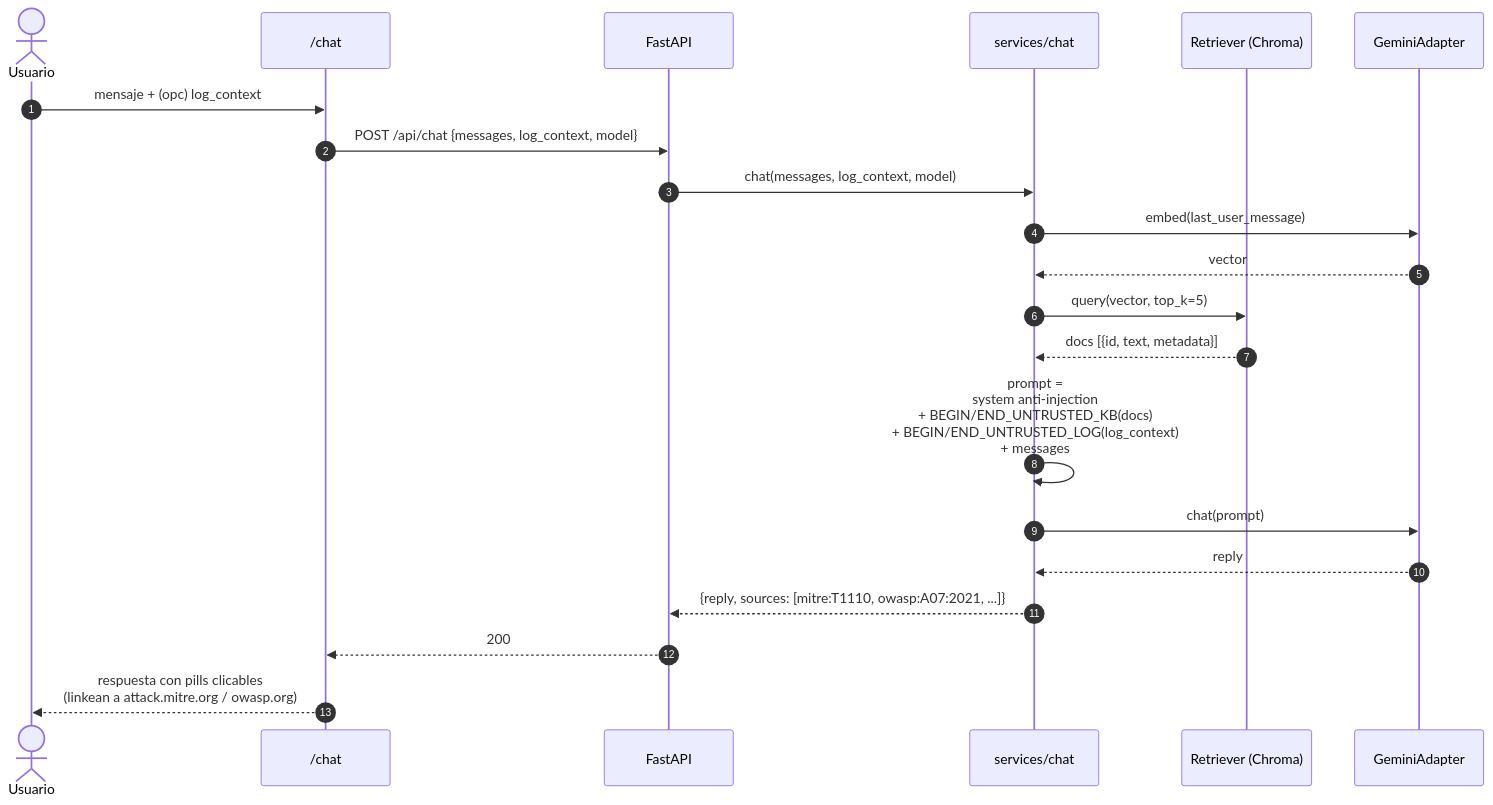
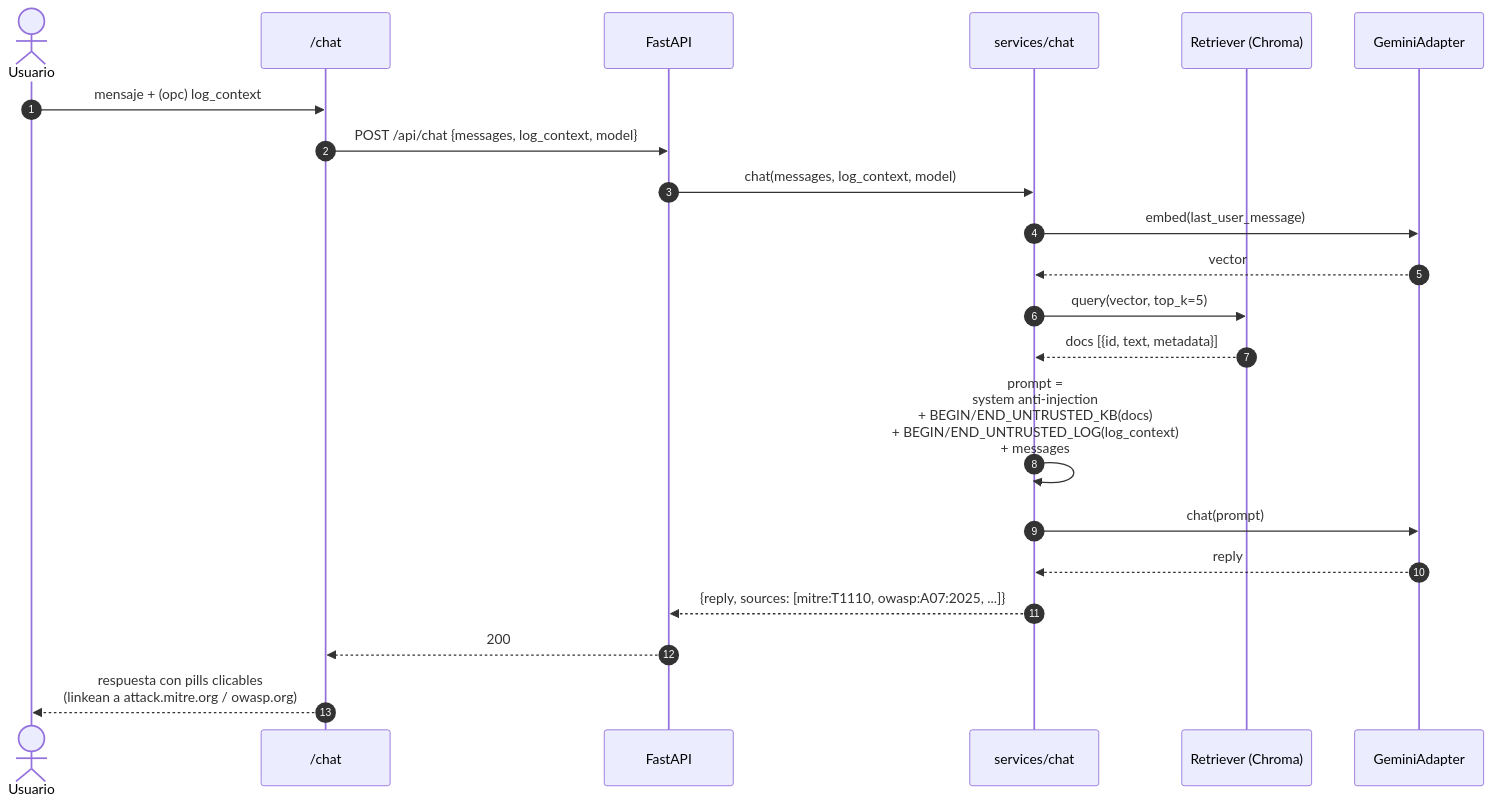
One commit to f3l0X/soc-copilot changed the eighth of 13 diagrams in docs/09-diagramas.md. Above: the diagram before and after it, drawn with Mermaid. The commit also changed other lines of this file and 39 other files, not shown here.

````diff
--- a/docs/09-diagramas.md
+++ b/docs/09-diagramas.md
@@ -347,24 +347,24 @@
 ```mermaid
 sequenceDiagram
     autonumber
     actor U as Usuario
     participant W as /chat
     participant API as FastAPI
     participant CH as services/chat
     participant R as Retriever (Chroma)
     participant L as GeminiAdapter
 
     U->>W: mensaje + (opc) log_context
     W->>API: POST /api/chat {messages, log_context, model}
     API->>CH: chat(messages, log_context, model)
     CH->>L: embed(last_user_message)
     L-->>CH: vector
     CH->>R: query(vector, top_k=5)
     R-->>CH: docs [{id, text, metadata}]
     CH->>CH: prompt =<br>system anti-injection<br>+ BEGIN/END_UNTRUSTED_KB(docs)<br>+ BEGIN/END_UNTRUSTED_LOG(log_context)<br>+ messages
     CH->>L: chat(prompt)
     L-->>CH: reply
-    CH-->>API: {reply, sources: [mitre:T1110, owasp:A07:2021, ...]}
+    CH-->>API: {reply, sources: [mitre:T1110, owasp:A07:2025, ...]}
     API-->>W: 200
     W-->>U: respuesta con pills clicables<br>(linkean a attack.mitre.org / owasp.org)
 ```
````
